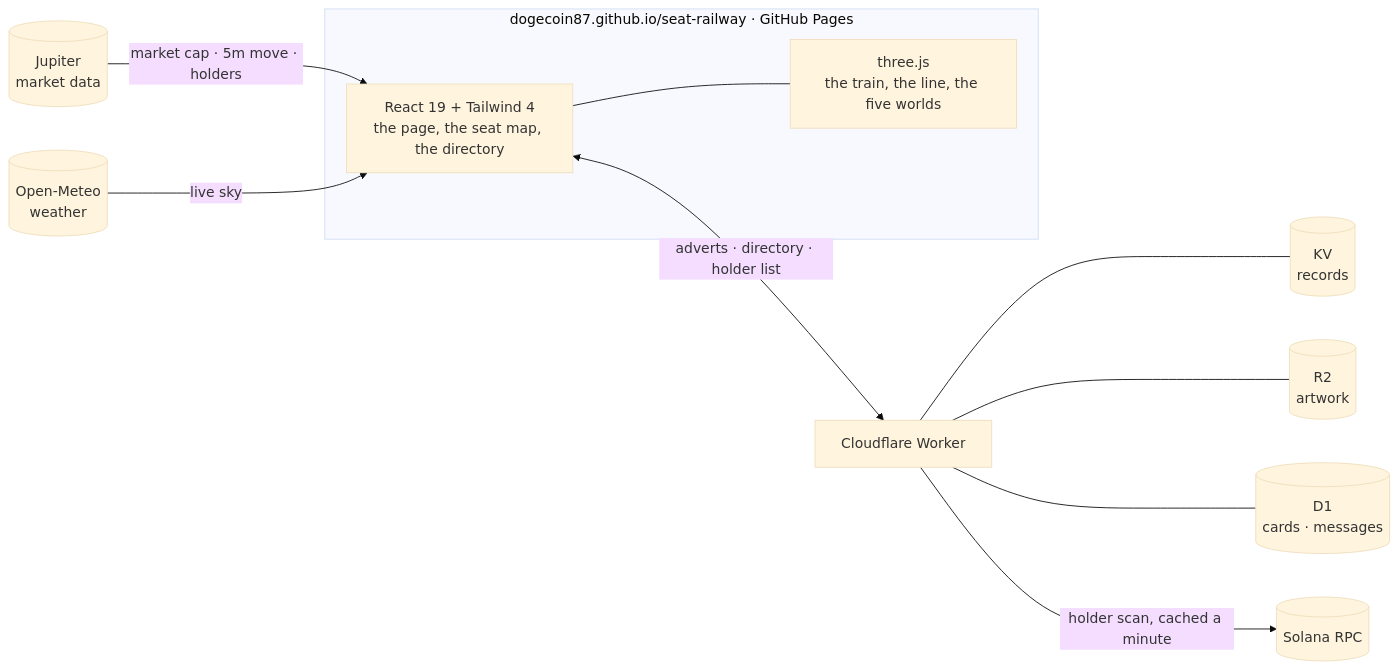
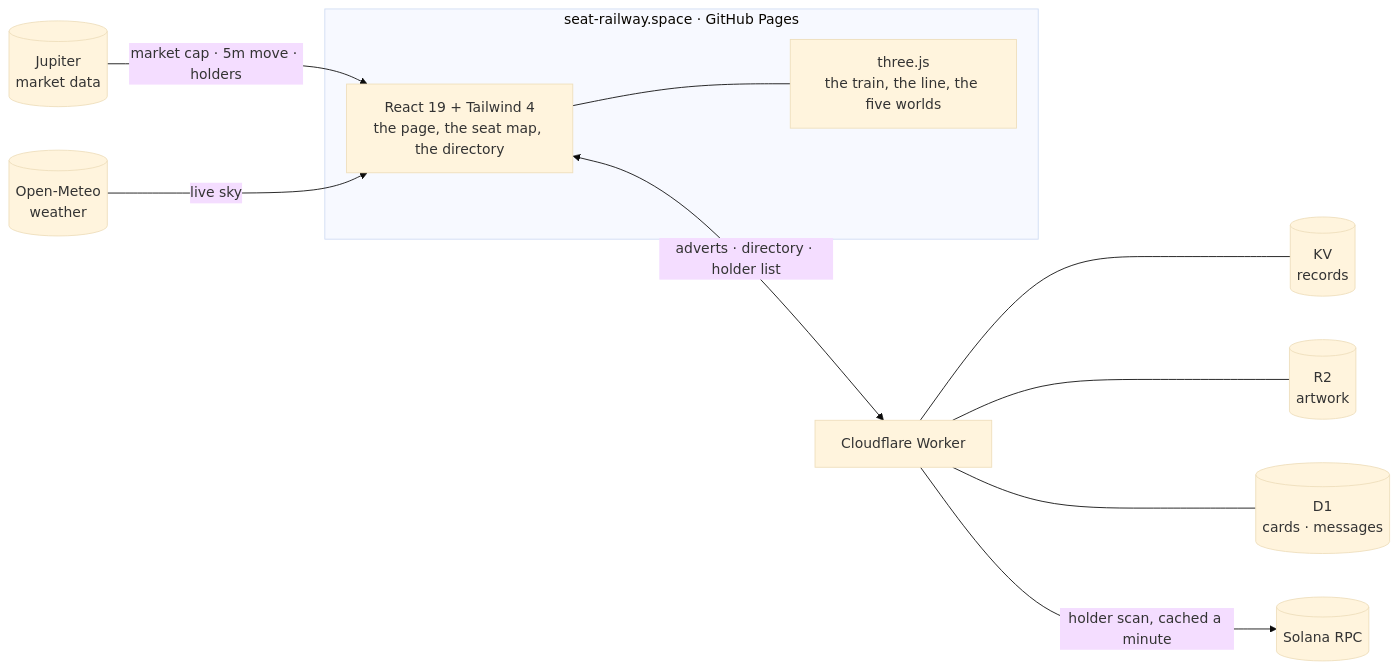
The diagram in README.md (DOGECOIN87/seat-railway), drawn with Mermaid (base theme) before and after one commit. The commit also changed other lines of this file and 12 other files, not shown here.

First line of the commit message:
Publish at seat-railway.space

````diff
--- a/README.md
+++ b/README.md
@@ -255,15 +255,15 @@
 ```mermaid
 flowchart LR
-    subgraph Browser["dogecoin87.github.io/seat-railway · GitHub Pages"]
+    subgraph Browser["seat-railway.space · GitHub Pages"]
         UI["React 19 + Tailwind 4<br/>the page, the seat map, the directory"]
         GL["three.js<br/>the train, the line, the five worlds"]
         UI --- GL
     end
     JUP[("Jupiter<br/>market data")] -->|"market cap · 5m move · holders"| UI
     OM[("Open-Meteo<br/>weather")] -->|"live sky"| UI
     UI <-->|"adverts · directory · holder list"| W["Cloudflare Worker"]
     W --- KV[("KV<br/>records")]
     W --- R2[("R2<br/>artwork")]
     W --- D1[("D1<br/>cards · messages")]
     W -->|"holder scan, cached a minute"| RPC[("Solana RPC")]
 ```
````
